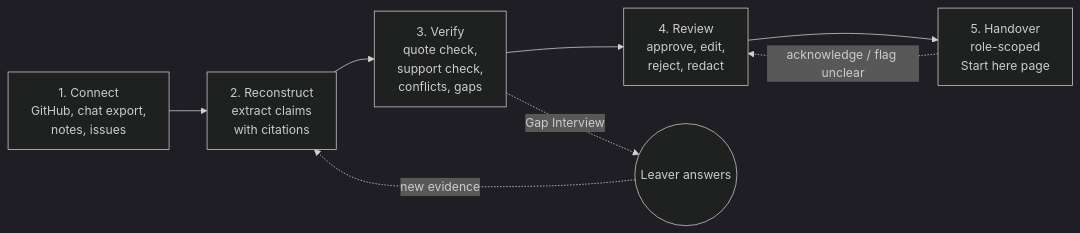
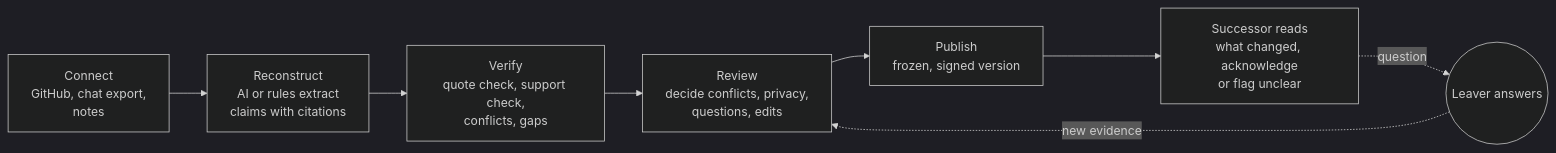
The first of 4 diagrams in README.md (PawanBhandari03/Continuum), drawn with Mermaid (dark theme) before and after one commit. The commit also changed other lines of this file and 1 other file, not shown here.

Commit message:
docs: README rewritten for Round 3 (judge path, three improvements delivered, measured results, diagrams); .env.example matches the real configuration

````diff
--- a/README.md
+++ b/README.md
@@ -40,10 +54,10 @@
 ```mermaid
 flowchart LR
-    A[1. Connect<br/>GitHub, chat export,<br/>notes, issues] --> B[2. Reconstruct<br/>extract claims<br/>with citations]
-    B --> C[3. Verify<br/>quote check,<br/>support check,<br/>conflicts, gaps]
-    C --> D[4. Review<br/>approve, edit,<br/>reject, redact]
-    D --> E[5. Handover<br/>role-scoped<br/>Start here page]
-    C -. Gap Interview .-> F((Leaver answers))
-    F -. new evidence .-> B
-    E -. acknowledge / flag unclear .-> D
+    A[Connect<br/>GitHub, chat export,<br/>notes] --> B[Reconstruct<br/>AI or rules extract<br/>claims with citations]
+    B --> C[Verify<br/>quote check, support check,<br/>conflicts, gaps]
+    C --> D[Review<br/>decide conflicts, privacy,<br/>questions, edits]
+    D --> E[Publish<br/>frozen, signed version]
+    E --> F[Successor reads<br/>what changed, acknowledge<br/>or flag unclear]
+    F -. question .-> G((Leaver answers))
+    G -. new evidence .-> D
 ```
````
